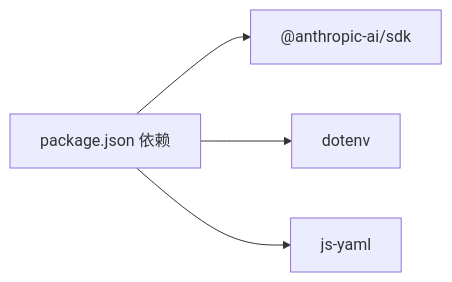
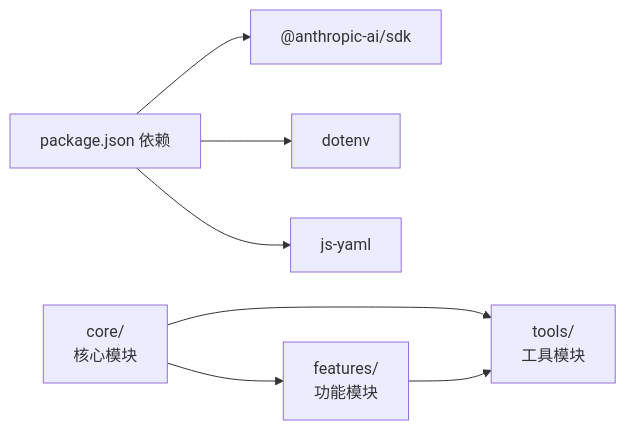
Before and after one commit to eurekaYYzero/Mini-Claude-Code: the sixth of 6 diagrams in .qoder/repowiki/zh/content/核心功能详解/上下文隔离架构.md, drawn with Mermaid. The commit also changed other lines of this file and 27 other files, not shown here.

````diff
--- a/.qoder/repowiki/zh/content/核心功能详解/上下文隔离架构.md
+++ b/.qoder/repowiki/zh/content/核心功能详解/上下文隔离架构.md
@@ -269,10 +308,16 @@
 ```mermaid
 graph LR
 Pkg["package.json 依赖"]
 Anthropic["@anthropic-ai/sdk"]
 Dotenv["dotenv"]
 Yaml["js-yaml"]
+Core["core/<br/>核心模块"]
+Features["features/<br/>功能模块"]
+Tools["tools/<br/>工具模块"]
 Pkg --> Anthropic
 Pkg --> Dotenv
 Pkg --> Yaml
+Core --> Features
+Core --> Tools
+Features --> Tools
 ```
````
